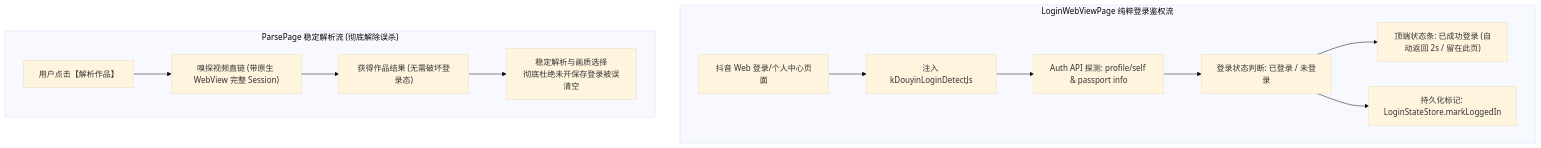
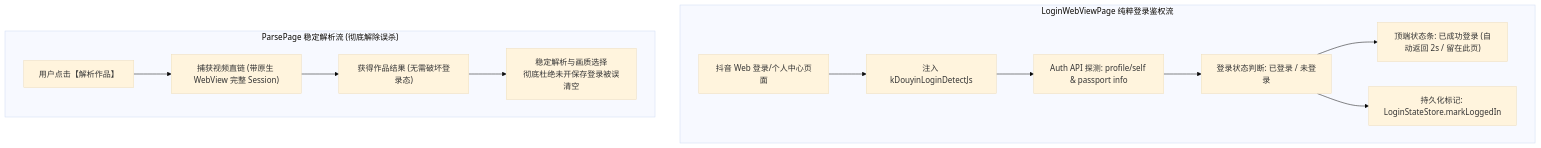
The diagram in PLAN/PLAN_21~30/PLAN_23.md (LinXruan/YuYin), drawn with Mermaid (base theme) before and after one commit. The commit also changed other lines of this file and 39 other files, not shown here.

````diff
--- a/PLAN/PLAN_21~30/PLAN_23.md
+++ b/PLAN/PLAN_21~30/PLAN_23.md
@@ -30,16 +30,16 @@
 ```mermaid
 flowchart TD
     subgraph LoginWebView_Flow["LoginWebViewPage 纯粹登录鉴权流"]
         WebPage["抖音 Web 登录/个人中心页面"] --> JSDetector["注入 kDouyinLoginDetectJs"]
         JSDetector --> AuthCheck["Auth API 探测: profile/self & passport info"]
         AuthCheck --> LoginState["登录状态判断: 已登录 / 未登录"]
         LoginState --> TopBanner["顶端状态条: 已成功登录 (自动返回 2s / 留在此页)"]
         LoginState --> Store["持久化标记: LoginStateStore.markLoggedIn"]
     end
 
     subgraph ParsePage_Flow["ParsePage 稳定解析流 (彻底解除误杀)"]
-        ParseReq["用户点击【解析作品】"] --> Sniffer["嗅探视频直链 (带原生 WebView 完整 Session)"]
+        ParseReq["用户点击【解析作品】"] --> Sniffer["捕获视频直链 (带原生 WebView 完整 Session)"]
         Sniffer --> SniffResult["获得作品结果 (无需破坏登录态)"]
         SniffResult --> SafeDone["稳定解析与画质选择<br/>彻底杜绝未开保存登录被误清空"]
     end
 ```
````
